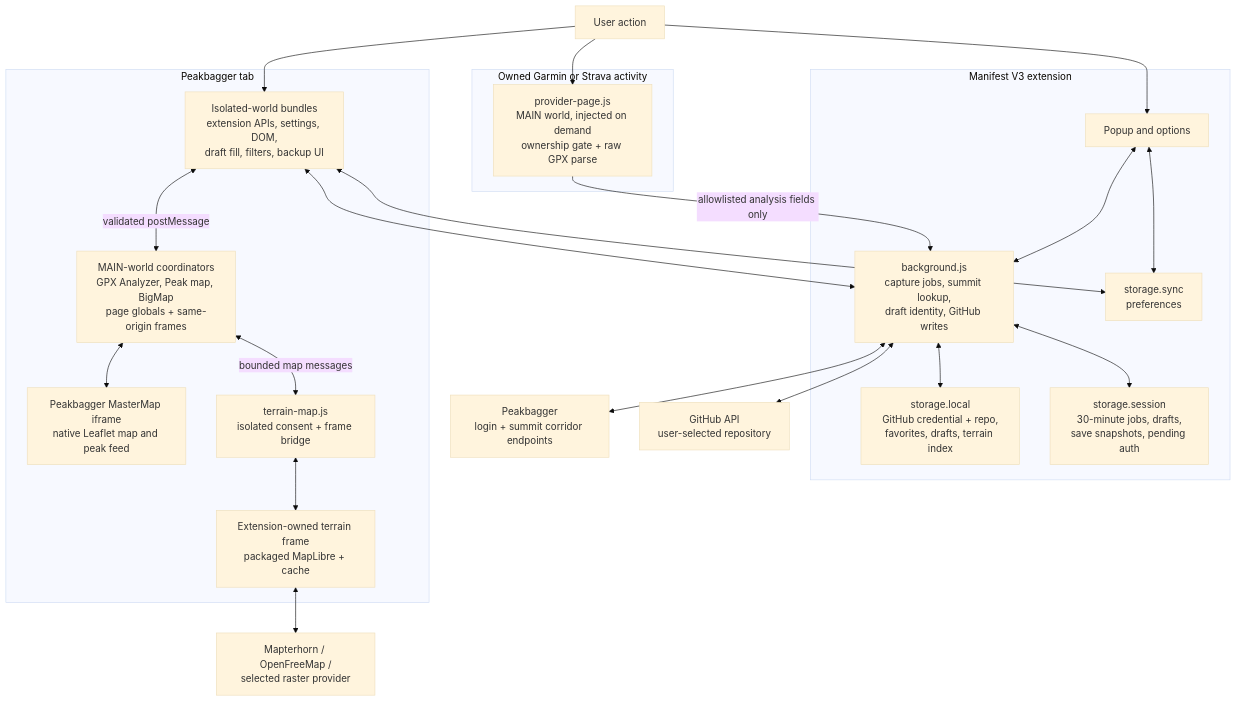
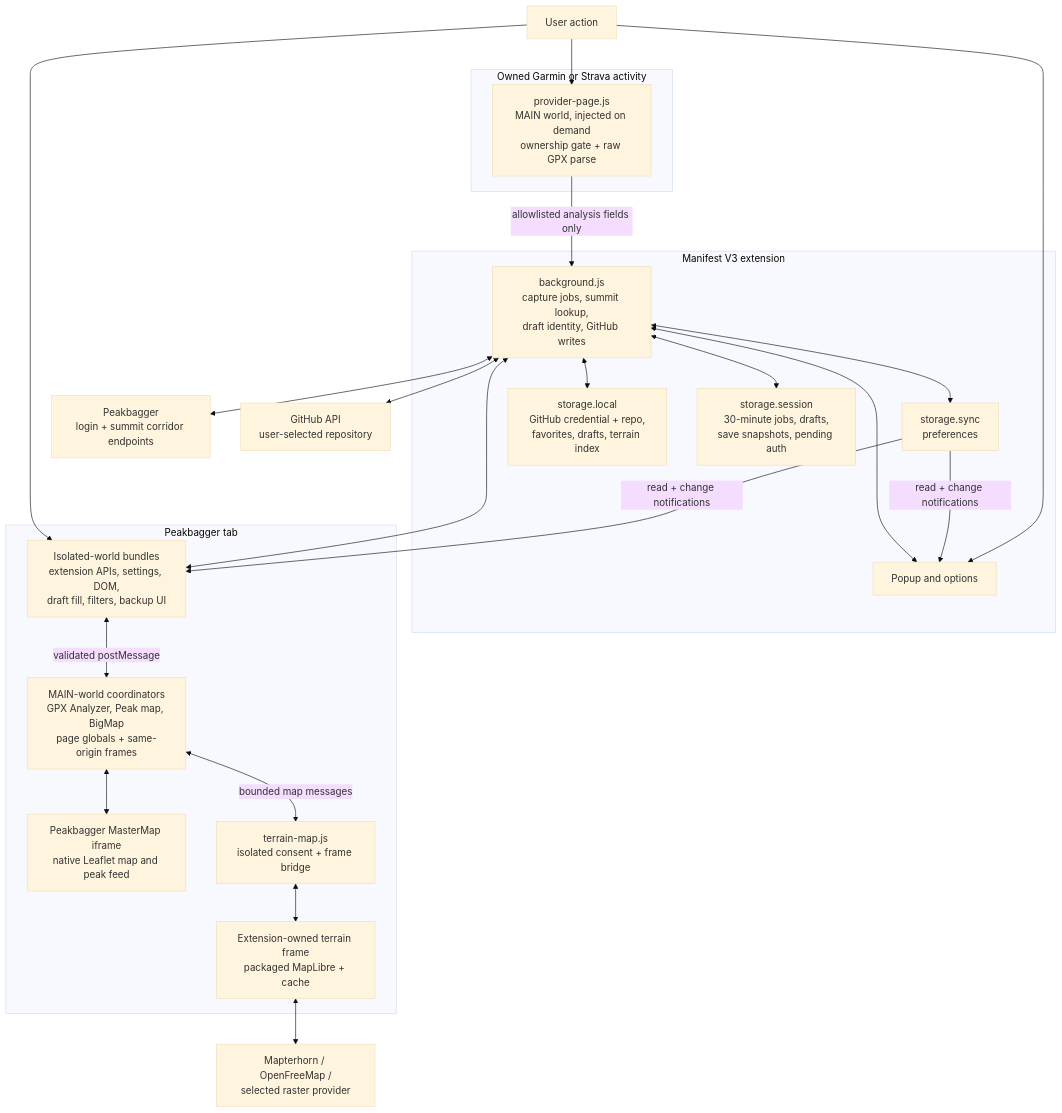
The first of 2 diagrams in docs/architecture.md (wilmtang/better-peakbagger), drawn with Mermaid (base theme) before and after one commit. The commit also changed other lines of this file and 12 other files, not shown here.

````diff
--- a/docs/architecture.md
+++ b/docs/architecture.md
@@ -15,46 +15,47 @@
 ```mermaid
 flowchart TB
     user["User action"]
 
     subgraph provider["Owned Garmin or Strava activity"]
         providerPage["provider-page.js<br/>MAIN world, injected on demand<br/>ownership gate + raw GPX parse"]
     end
 
     subgraph extension["Manifest V3 extension"]
         popup["Popup and options"]
         worker["background.js<br/>capture jobs, summit lookup,<br/>draft identity, GitHub writes"]
         sync["storage.sync<br/>preferences"]
         local["storage.local<br/>GitHub credential + repo,<br/>favorites, drafts, terrain index"]
         session["storage.session<br/>30-minute jobs, drafts,<br/>save snapshots, pending auth"]
     end
 
     subgraph peakbagger["Peakbagger tab"]
         isolated["Isolated-world bundles<br/>extension APIs, settings, DOM,<br/>draft fill, filters, backup UI"]
         main["MAIN-world coordinators<br/>GPX Analyzer, Peak map, BigMap<br/>page globals + same-origin frames"]
         master["Peakbagger MasterMap iframe<br/>native Leaflet map and peak feed"]
         terrainBridge["terrain-map.js<br/>isolated consent + frame bridge"]
         terrainFrame["Extension-owned terrain frame<br/>packaged MapLibre + cache"]
     end
 
     peakApi["Peakbagger<br/>login + summit corridor endpoints"]
     github["GitHub API<br/>user-selected repository"]
     tiles["Mapterhorn / OpenFreeMap /<br/>selected raster provider"]
 
     user --> providerPage
     user --> isolated
     user --> popup
     providerPage -- "allowlisted analysis fields only" --> worker
     isolated <--> worker
     popup <--> worker
-    popup <--> sync
-    isolated <--> sync
+    sync -- "read + change notifications" --> popup
+    sync -- "read + change notifications" --> isolated
+    worker <--> sync
     worker <--> session
     worker <--> local
     worker <--> peakApi
     worker <--> github
     isolated <-->|"validated postMessage"| main
     main <--> master
     main <-->|"bounded map messages"| terrainBridge
     terrainBridge <--> terrainFrame
     terrainFrame <--> tiles
 ```
````
